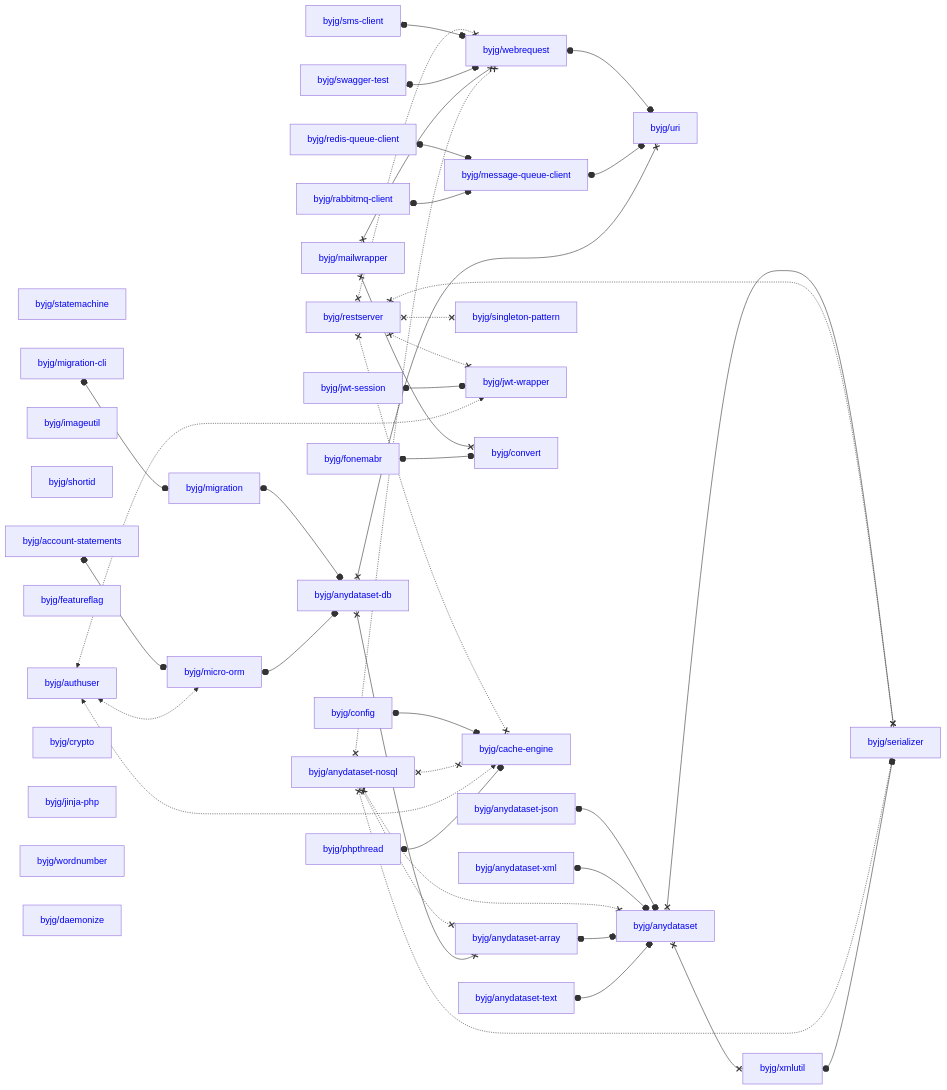
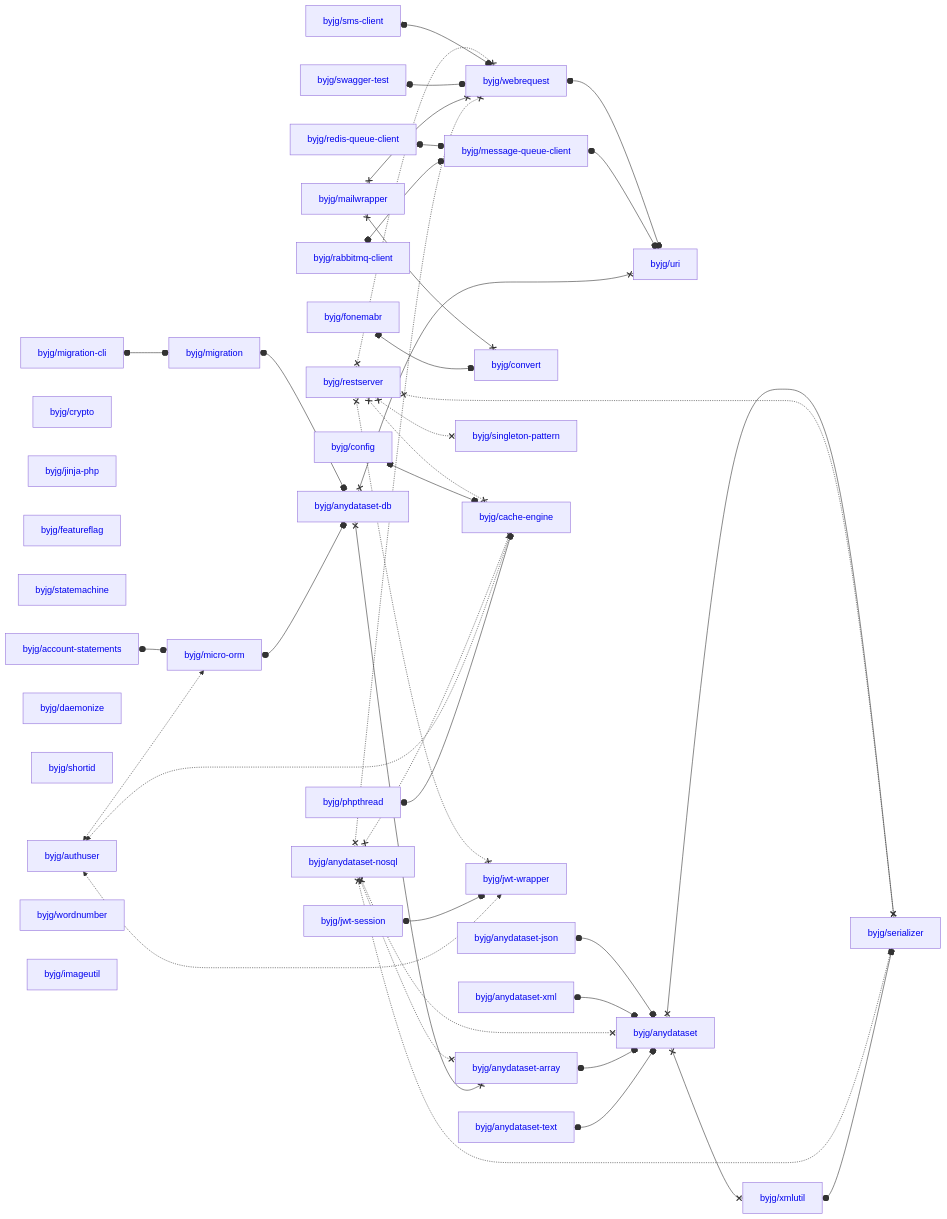
The diagram in docs/php/README.md (byjg/byjg.github.io), drawn with Mermaid before and after one commit. The commit also changed other lines of this file, not shown here.

Commit message:
Update documentation 'php' 'php-migration'

````diff
--- a/docs/php/README.md
+++ b/docs/php/README.md
@@ -3,80 +3,80 @@
 ```mermaid
 graph LR;
+  byjg/anydataset-xml[<a href='https://opensource.byjg.com/docs/php/anydataset-xml' style='text-decoration:none'>byjg/anydataset-xml</a>];
+  byjg/authuser[<a href='https://opensource.byjg.com/docs/php/authuser' style='text-decoration:none'>byjg/authuser</a>];
+  byjg/config[<a href='https://opensource.byjg.com/docs/php/config' style='text-decoration:none'>byjg/config</a>];
+  byjg/crypto[<a href='https://opensource.byjg.com/docs/php/crypto' style='text-decoration:none'>byjg/crypto</a>];
+  byjg/jwt-session[<a href='https://opensource.byjg.com/docs/php/jwt-session' style='text-decoration:none'>byjg/jwt-session</a>];
   byjg/fonemabr[<a href='https://opensource.byjg.com/docs/php/fonemabr' style='text-decoration:none'>byjg/fonemabr</a>];
+  byjg/anydataset-nosql[<a href='https://opensource.byjg.com/docs/php/anydataset-nosql' style='text-decoration:none'>byjg/anydataset-nosql</a>];
+  byjg/jinja-php[<a href='https://opensource.byjg.com/docs/php/jinja-php' style='text-decoration:none'>byjg/jinja-php</a>];
+  byjg/mailwrapper[<a href='https://opensource.byjg.com/docs/php/mailwrapper' style='text-decoration:none'>byjg/mailwrapper</a>];
+  byjg/sms-client[<a href='https://opensource.byjg.com/docs/php/sms-client' style='text-decoration:none'>byjg/sms-client</a>];
+  byjg/featureflag[<a href='https://opensource.byjg.com/docs/php/featureflag' style='text-decoration:none'>byjg/featureflag</a>];
   byjg/statemachine[<a href='https://opensource.byjg.com/docs/php/statemachine' style='text-decoration:none'>byjg/statemachine</a>];
-  byjg/jwt-session[<a href='https://opensource.byjg.com/docs/php/jwt-session' style='text-decoration:none'>byjg/jwt-session</a>];
-  byjg/authuser[<a href='https://opensource.byjg.com/docs/php/authuser' style='text-decoration:none'>byjg/authuser</a>];
   byjg/anydataset-json[<a href='https://opensource.byjg.com/docs/php/anydataset-json' style='text-decoration:none'>byjg/anydataset-json</a>];
-  byjg/anydataset-nosql[<a href='https://opensource.byjg.com/docs/php/anydataset-nosql' style='text-decoration:none'>byjg/anydataset-nosql</a>];
-  byjg/anydataset-text[<a href='https://opensource.byjg.com/docs/php/anydataset-text' style='text-decoration:none'>byjg/anydataset-text</a>];
+  byjg/migration-cli[<a href='https://opensource.byjg.com/docs/php/migration-cli' style='text-decoration:none'>byjg/migration-cli</a>];
+  byjg/daemonize[<a href='https://opensource.byjg.com/docs/php/daemonize' style='text-decoration:none'>byjg/daemonize</a>];
+  byjg/shortid[<a href='https://opensource.byjg.com/docs/php/shortid' style='text-decoration:none'>byjg/shortid</a>];
+  byjg/redis-queue-client[<a href='https://opensource.byjg.com/docs/php/redis-queue-client' style='text-decoration:none'>byjg/redis-queue-client</a>];
+  byjg/account-statements[<a href='https://opensource.byjg.com/docs/php/account-statements' style='text-decoration:none'>byjg/account-statements</a>];
+  byjg/phpthread[<a href='https://opensource.byjg.com/docs/php/phpthread' style='text-decoration:none'>byjg/phpthread</a>];
   byjg/rabbitmq-client[<a href='https://opensource.byjg.com/docs/php/rabbitmq-client' style='text-decoration:none'>byjg/rabbitmq-client</a>];
-  byjg/imageutil[<a href='https://opensource.byjg.com/docs/php/imageutil' style='text-decoration:none'>byjg/imageutil</a>];
-  byjg/anydataset-xml[<a href='https://opensource.byjg.com/docs/php/anydataset-xml' style='text-decoration:none'>byjg/anydataset-xml</a>];
-  byjg/redis-queue-client[<a href='https://opensource.byjg.com/docs/php/redis-queue-client' style='text-decoration:none'>byjg/redis-queue-client</a>];
-  byjg/shortid[<a href='https://opensource.byjg.com/docs/php/shortid' style='text-decoration:none'>byjg/shortid</a>];
   byjg/restserver[<a href='https://opensource.byjg.com/docs/php/restserver' style='text-decoration:none'>byjg/restserver</a>];
-  byjg/migration-cli[<a href='https://opensource.byjg.com/docs/php/migration-cli' style='text-decoration:none'>byjg/migration-cli</a>];
-  byjg/featureflag[<a href='https://opensource.byjg.com/docs/php/featureflag' style='text-decoration:none'>byjg/featureflag</a>];
-  byjg/mailwrapper[<a href='https://opensource.byjg.com/docs/php/mailwrapper' style='text-decoration:none'>byjg/mailwrapper</a>];
-  byjg/phpthread[<a href='https://opensource.byjg.com/docs/php/phpthread' style='text-decoration:none'>byjg/phpthread</a>];
-  byjg/config[<a href='https://opensource.byjg.com/docs/php/config' style='text-decoration:none'>byjg/config</a>];
-  byjg/account-statements[<a href='https://opensource.byjg.com/docs/php/account-statements' style='text-decoration:none'>byjg/account-statements</a>];
-  byjg/crypto[<a href='https://opensource.byjg.com/docs/php/crypto' style='text-decoration:none'>byjg/crypto</a>];
-  byjg/jinja-php[<a href='https://opensource.byjg.com/docs/php/jinja-php' style='text-decoration:none'>byjg/jinja-php</a>];
   byjg/swagger-test[<a href='https://opensource.byjg.com/docs/php/swagger-test' style='text-decoration:none'>byjg/swagger-test</a>];
   byjg/wordnumber[<a href='https://opensource.byjg.com/docs/php/wordnumber' style='text-decoration:none'>byjg/wordnumber</a>];
-  byjg/sms-client[<a href='https://opensource.byjg.com/docs/php/sms-client' style='text-decoration:none'>byjg/sms-client</a>];
-  byjg/daemonize[<a href='https://opensource.byjg.com/docs/php/daemonize' style='text-decoration:none'>byjg/daemonize</a>];
+  byjg/anydataset-text[<a href='https://opensource.byjg.com/docs/php/anydataset-text' style='text-decoration:none'>byjg/anydataset-text</a>];
+  byjg/imageutil[<a href='https://opensource.byjg.com/docs/php/imageutil' style='text-decoration:none'>byjg/imageutil</a>];
+  byjg/convert[<a href='https://opensource.byjg.com/docs/php/convert' style='text-decoration:none'>byjg/convert</a>];
+  byjg/migration[<a href='https://opensource.byjg.com/docs/php/migration' style='text-decoration:none'>byjg/migration</a>];
+  byjg/micro-orm[<a href='https://opensource.byjg.com/docs/php/micro-orm' style='text-decoration:none'>byjg/micro-orm</a>];
   byjg/message-queue-client[<a href='https://opensource.byjg.com/docs/php/message-queue-client' style='text-decoration:none'>byjg/message-queue-client</a>];
   byjg/singleton-pattern[<a href='https://opensource.byjg.com/docs/php/singleton-pattern' style='text-decoration:none'>byjg/singleton-pattern</a>];
+  byjg/cache-engine[<a href='https://opensource.byjg.com/docs/php/cache-engine' style='text-decoration:none'>byjg/cache-engine</a>];
   byjg/jwt-wrapper[<a href='https://opensource.byjg.com/docs/php/jwt-wrapper' style='text-decoration:none'>byjg/jwt-wrapper</a>];
-  byjg/migration[<a href='https://opensource.byjg.com/docs/php/migration' style='text-decoration:none'>byjg/migration</a>];
-  byjg/convert[<a href='https://opensource.byjg.com/docs/php/convert' style='text-decoration:none'>byjg/convert</a>];
-  byjg/cache-engine[<a href='https://opensource.byjg.com/docs/php/cache-engine' style='text-decoration:none'>byjg/cache-engine</a>];
-  byjg/micro-orm[<a href='https://opensource.byjg.com/docs/php/micro-orm' style='text-decoration:none'>byjg/micro-orm</a>];
   byjg/webrequest[<a href='https://opensource.byjg.com/docs/php/webrequest' style='text-decoration:none'>byjg/webrequest</a>];
   byjg/anydataset-db[<a href='https://opensource.byjg.com/docs/php/anydataset-db' style='text-decoration:none'>byjg/anydataset-db</a>];
   byjg/anydataset-array[<a href='https://opensource.byjg.com/docs/php/anydataset-array' style='text-decoration:none'>byjg/anydataset-array</a>];
   byjg/uri[<a href='https://opensource.byjg.com/docs/php/uri' style='text-decoration:none'>byjg/uri</a>];
   byjg/anydataset[<a href='https://opensource.byjg.com/docs/php/anydataset' style='text-decoration:none'>byjg/anydataset</a>];
   byjg/xmlutil[<a href='https://opensource.byjg.com/docs/php/xmlutil' style='text-decoration:none'>byjg/xmlutil</a>];
   byjg/serializer[<a href='https://opensource.byjg.com/docs/php/serializer' style='text-decoration:none'>byjg/serializer</a>];
   byjg/anydataset-json o--o byjg/anydataset;
   byjg/anydataset x--x byjg/serializer;
   byjg/anydataset x--x byjg/xmlutil;
   byjg/migration-cli o--o byjg/migration;
   byjg/restserver x-.-x byjg/serializer;
   byjg/restserver x-.-x byjg/singleton-pattern;
   byjg/restserver x-.-x byjg/cache-engine;
   byjg/restserver x-.-x byjg/webrequest;
   byjg/restserver x-.-x byjg/jwt-wrapper;
   byjg/sms-client o--o byjg/webrequest;
   byjg/swagger-test o--o byjg/webrequest;
   byjg/config o--o byjg/cache-engine;
   byjg/webrequest o--o byjg/uri;
   byjg/message-queue-client o--o byjg/uri;
   byjg/jwt-session o--o byjg/jwt-wrapper;
   byjg/anydataset-xml o--o byjg/anydataset;
   byjg/account-statements o--o byjg/micro-orm;
   byjg/mailwrapper x--x byjg/convert;
   byjg/mailwrapper x--x byjg/webrequest;
   byjg/anydataset-nosql x-.-x byjg/anydataset;
   byjg/anydataset-nosql x-.-x byjg/anydataset-array;
   byjg/anydataset-nosql x-.-x byjg/serializer;
   byjg/anydataset-nosql x-.-x byjg/webrequest;
   byjg/anydataset-nosql x-.-x byjg/cache-engine;
   byjg/migration o--o byjg/anydataset-db;
   byjg/anydataset-db x--x byjg/anydataset-array;
   byjg/anydataset-db x--x byjg/uri;
   byjg/fonemabr o--o byjg/convert;
   byjg/redis-queue-client o--o byjg/message-queue-client;
   byjg/anydataset-array o--o byjg/anydataset;
   byjg/anydataset-text o--o byjg/anydataset;
   byjg/authuser <-.-> byjg/micro-orm;
   byjg/authuser <-.-> byjg/cache-engine;
   byjg/authuser <-.-> byjg/jwt-wrapper;
   byjg/phpthread o--o byjg/cache-engine;
   byjg/xmlutil o--o byjg/serializer;
   byjg/micro-orm o--o byjg/anydataset-db;
   byjg/rabbitmq-client o--o byjg/message-queue-client;
 ```
````
